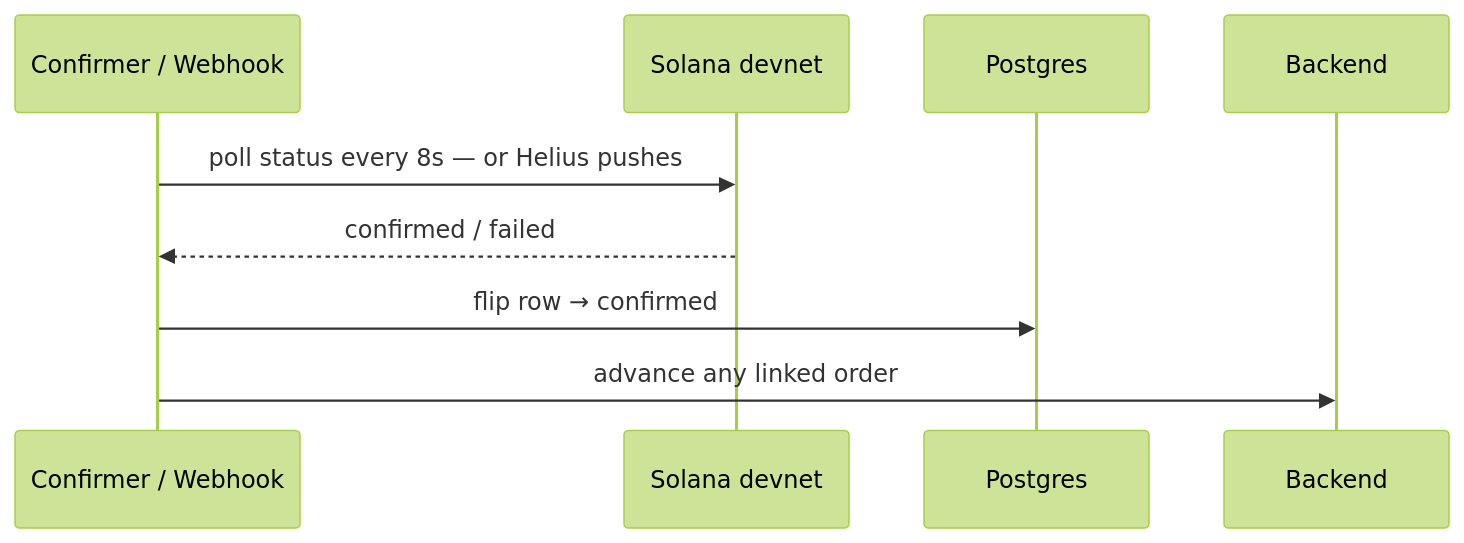
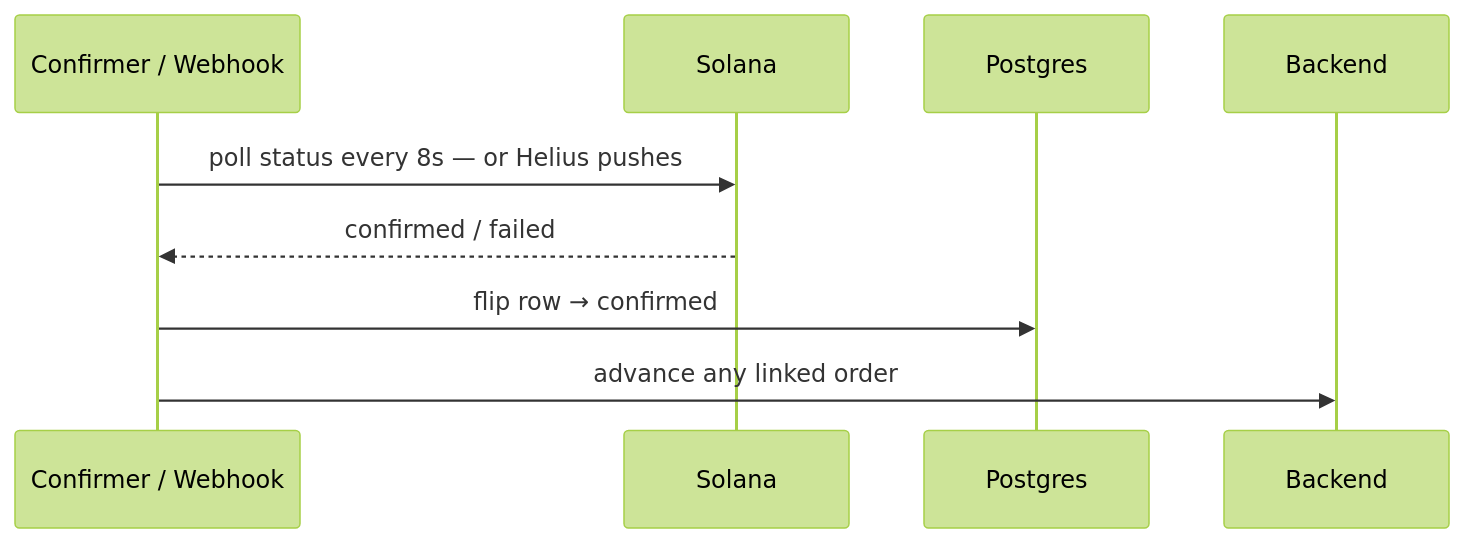
Before and after one commit to unabrijed/frenspay: the fourth of 4 diagrams in monorepo/docs/01-architecture.md, drawn with Mermaid (forest theme). The commit also changed other lines of this file and 10 other files, not shown here.

````diff
--- a/monorepo/docs/01-architecture.md
+++ b/monorepo/docs/01-architecture.md
@@ -81,11 +173,11 @@
 ```mermaid
 sequenceDiagram
     participant CF as Confirmer / Webhook
-    participant CH as Solana devnet
+    participant CH as Solana
     participant DB as Postgres
     participant API as Backend
     CF->>CH: poll status every 8s — or Helius pushes
     CH-->>CF: confirmed / failed
     CF->>DB: flip row → confirmed
     CF->>API: advance any linked order
 ```
````
